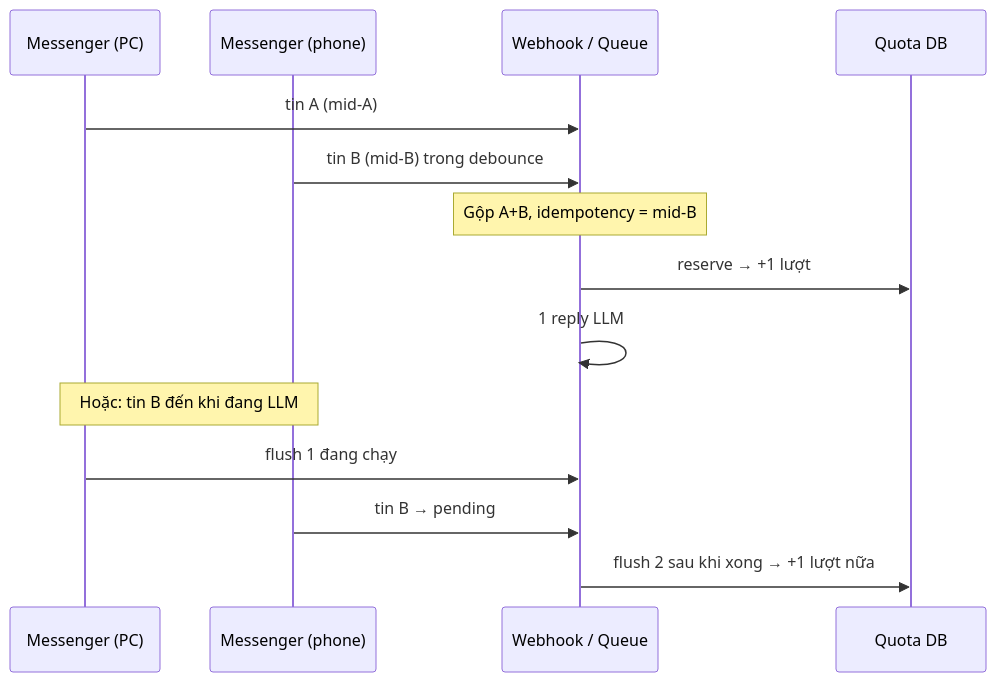
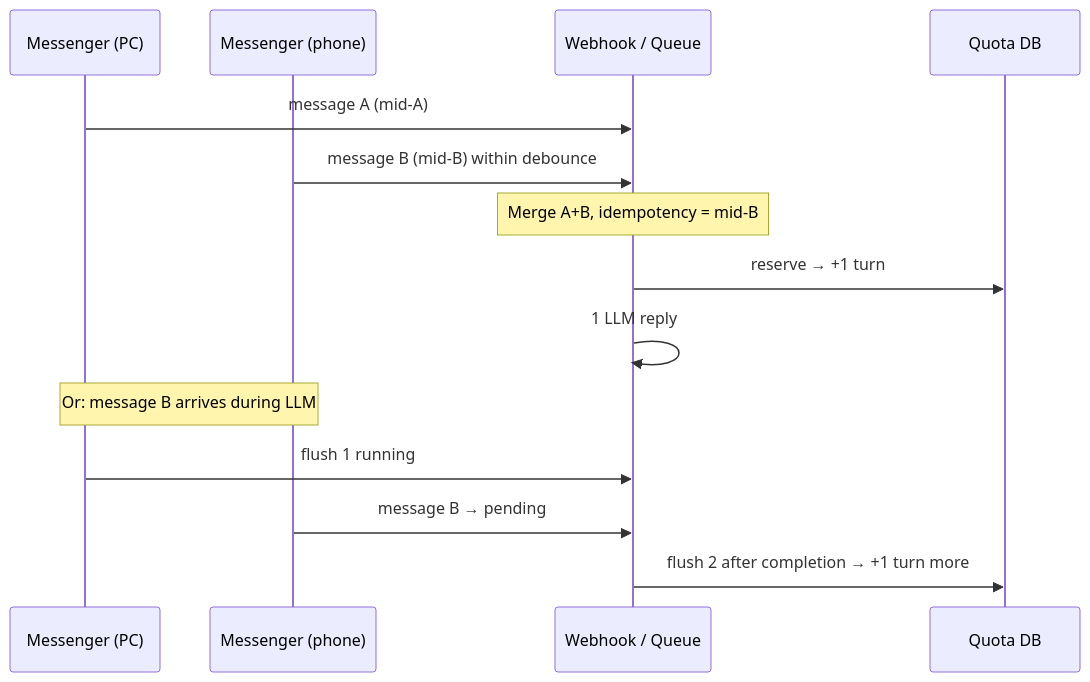
Before and after one commit to lengocanh2005it/messenger-ai-for-student: the fifth of 7 diagrams in apps/messenger-bot/docs/chat-rate-limit-quota.md, drawn with Mermaid. The commit also changed other lines of this file and 25 other files, not shown here.

````diff
--- a/apps/messenger-bot/docs/chat-rate-limit-quota.md
+++ b/apps/messenger-bot/docs/chat-rate-limit-quota.md
@@ -529,18 +529,18 @@
 ```mermaid
 sequenceDiagram
   participant PC as Messenger (PC)
   participant PH as Messenger (phone)
   participant WH as Webhook / Queue
   participant DB as Quota DB
 
-  PC->>WH: tin A (mid-A)
-  PH->>WH: tin B (mid-B) trong debounce
-  Note over WH: Gộp A+B, idempotency = mid-B
-  WH->>DB: reserve → +1 lượt
-  WH->>WH: 1 reply LLM
+  PC->>WH: message A (mid-A)
+  PH->>WH: message B (mid-B) within debounce
+  Note over WH: Merge A+B, idempotency = mid-B
+  WH->>DB: reserve → +1 turn
+  WH->>WH: 1 LLM reply
 
-  Note over PC,PH: Hoặc: tin B đến khi đang LLM
-  PC->>WH: flush 1 đang chạy
-  PH->>WH: tin B → pending
-  WH->>DB: flush 2 sau khi xong → +1 lượt nữa
+  Note over PC,PH: Or: message B arrives during LLM
+  PC->>WH: flush 1 running
+  PH->>WH: message B → pending
+  WH->>DB: flush 2 after completion → +1 turn more
 ```
````
